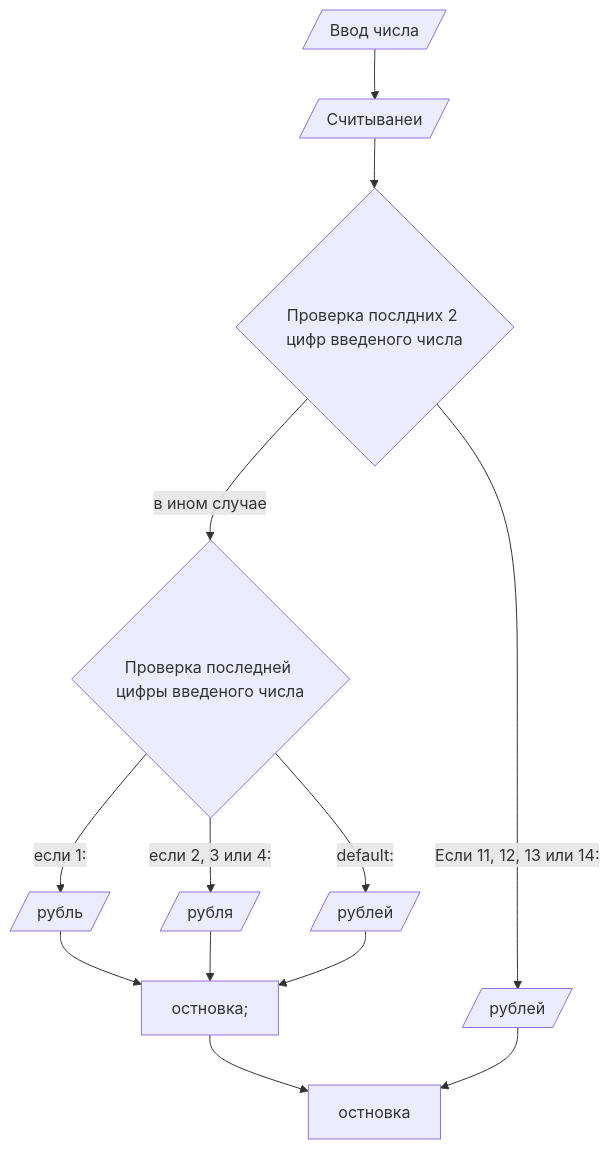
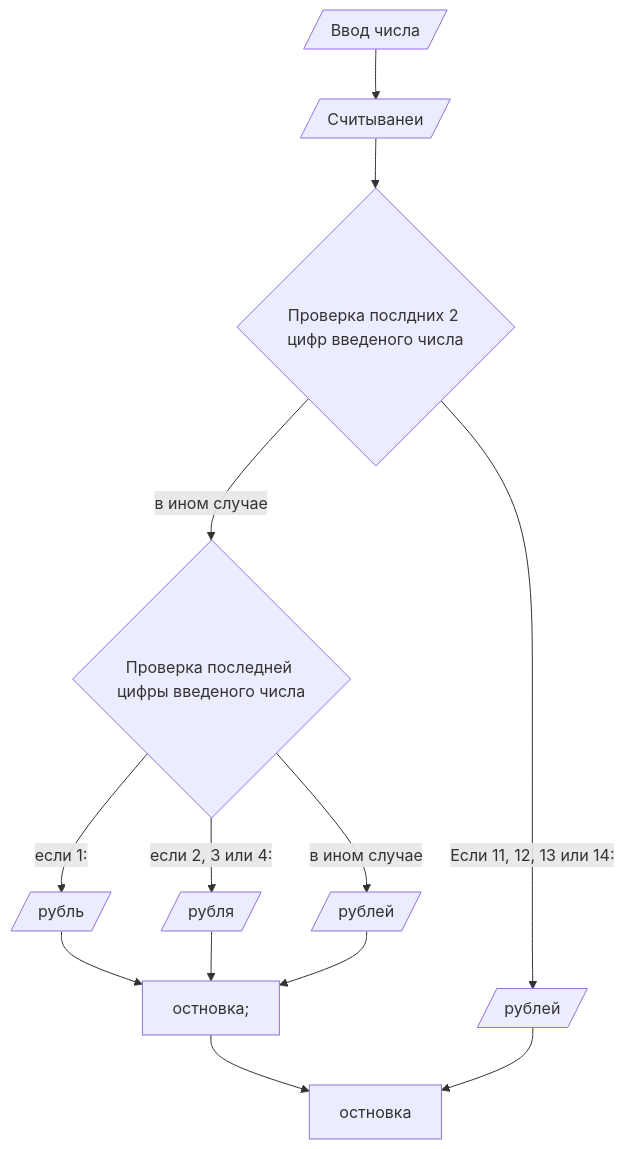
One commit to Lendic42/homework7 changed the diagram in README.md. Above: the diagram before and after it, drawn with Mermaid.

````diff
--- a/README.md
+++ b/README.md
@@ -9,17 +9,17 @@
 ```mermaid
 flowchart TD
     C[/"Ввод числа"/]
     C --> D[/"Считыванеи"/]
     D --> E{"Проверка послдних 2 цифр введеного числа"}
     E -->|"Если 11, 12, 13 или 14:"| F[/"рублей"/]
     E -->|"в ином случае"| G{"Проверка последней цифры введеного числа"}
     G -->|"если 1:"| H[/"рубль"/]
     G -->|"если 2, 3 или 4:"| I[/"рубля"/]
-    G -->|"default:"| J[/"рублей"/]
+    G -->|"в ином случае"| J[/"рублей"/]
     H --> K["остновка;"]
     I --> K
     J --> K
     K --> L["остновка"]
     F --> L
 
 ```
````
